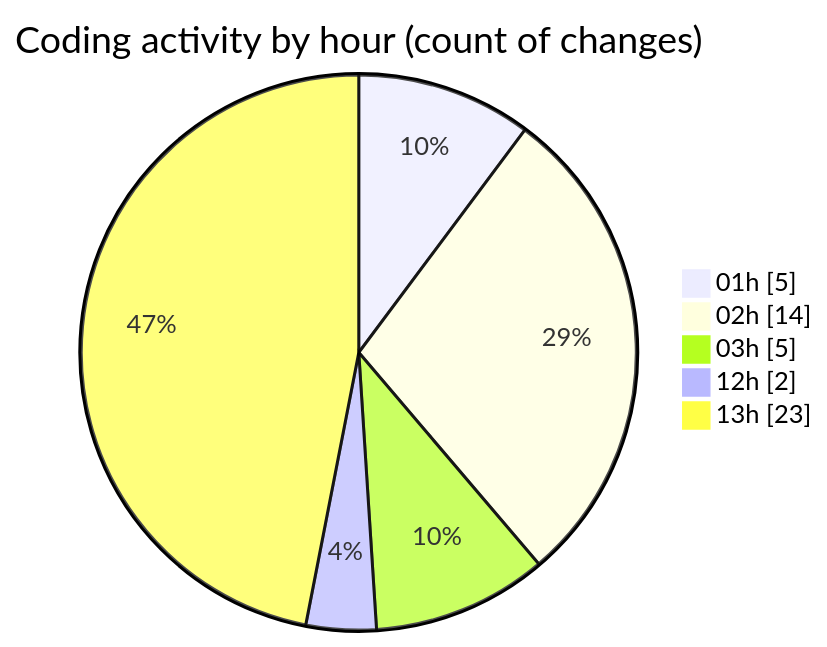
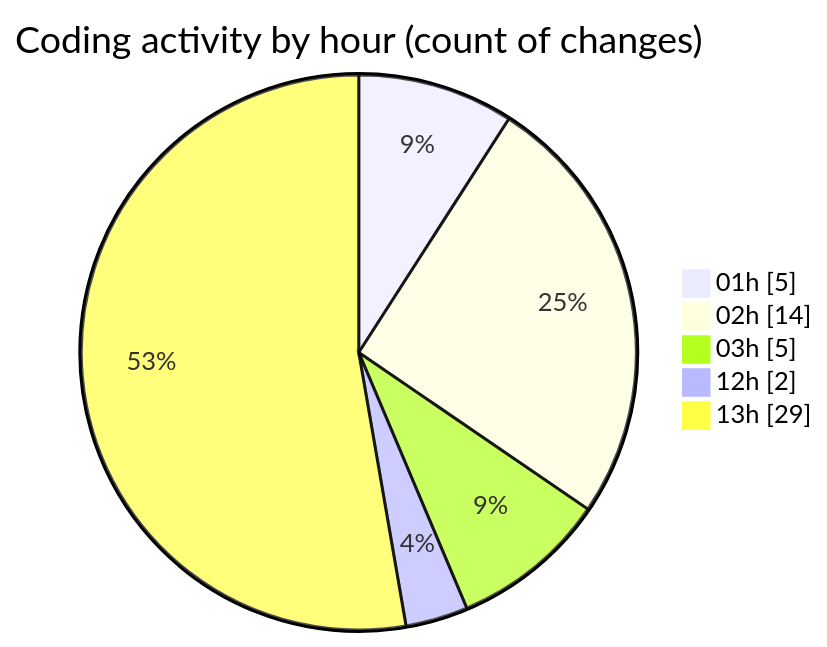
One commit to julien-gomy/code-tracking changed the second of 2 diagrams in 2025-10-23/eventscop-frontend-guide__workspace_/README.md. Above: the diagram before and after it, drawn with Mermaid. The commit also changed other lines of this file and 1 other file, not shown here.

````diff
--- a/2025-10-23/eventscop-frontend-guide__workspace_/README.md
+++ b/2025-10-23/eventscop-frontend-guide__workspace_/README.md
@@ -43,9 +43,9 @@
 ```mermaid
 pie showData
 title Coding activity by hour (count of changes)
 "01h" : 5
 "02h" : 14
 "03h" : 5
 "12h" : 2
-"13h" : 23
+"13h" : 29
 ```
````
